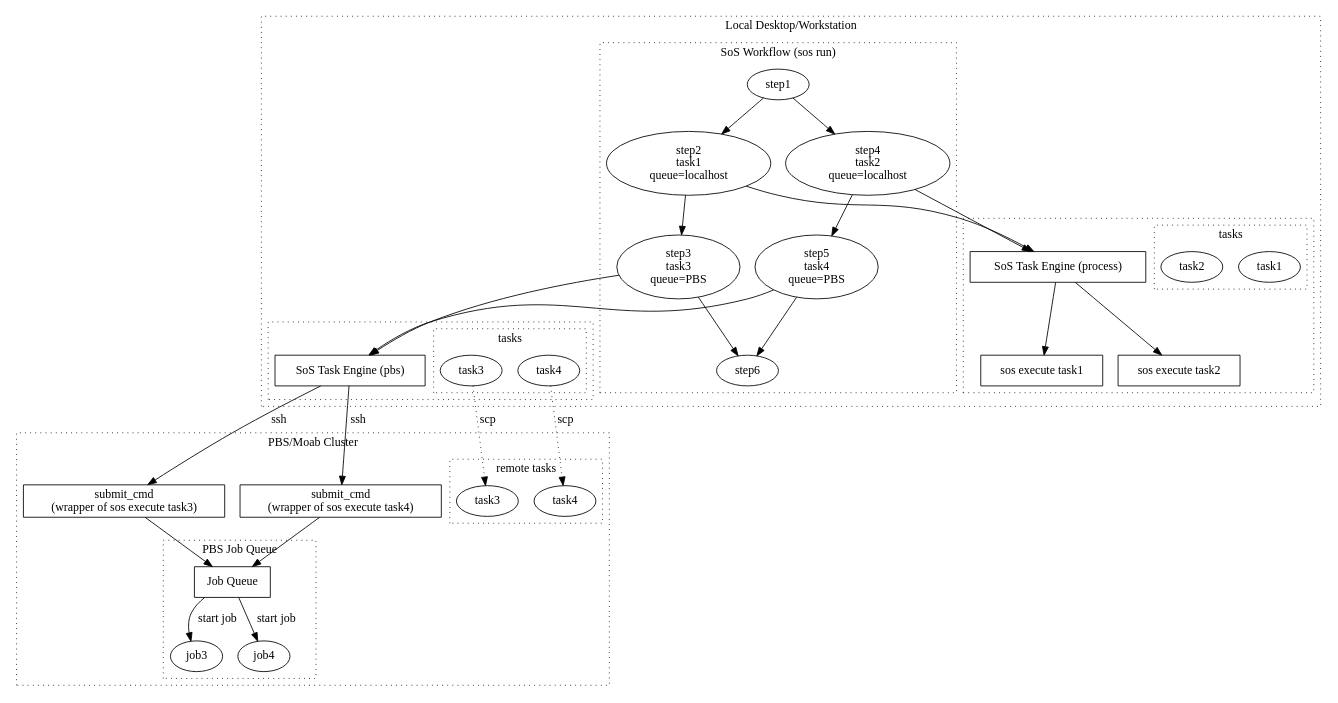
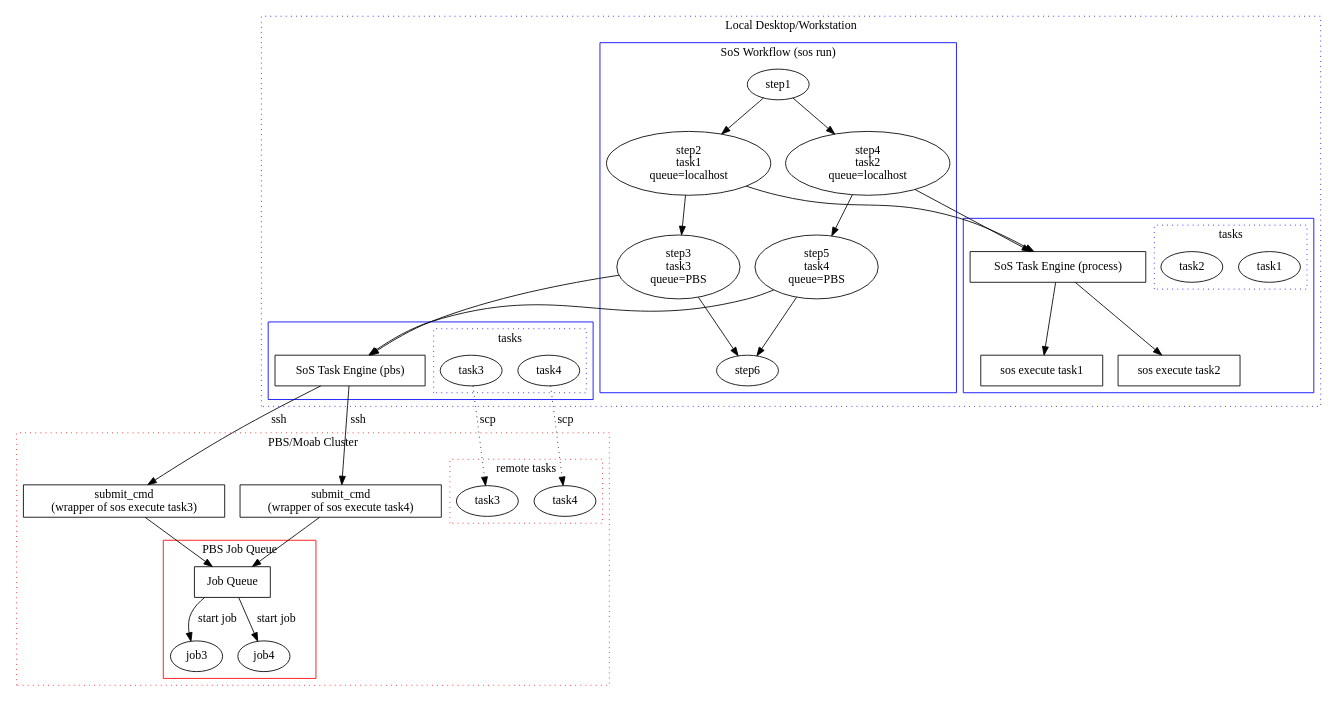
The diagram in docs/doc/media/job_queue.dot (jirikuncar/SOS), drawn with Graphviz before and after one commit. The commit also changed 2 other files, not shown here.

Commit message:
Include a figure to remote execution doc

```diff
--- a/docs/doc/media/job_queue.dot
+++ b/docs/doc/media/job_queue.dot
@@ -1,80 +1,85 @@
 digraph job_queue {
 	/* source nodes */
     subgraph cluster_0 {
         style=dotted;
+        color=blue;
         label="Local Desktop/Workstation";
 
         subgraph cluster_1 {
             label="SoS Workflow (sos run)";
-            style=dotted;
-            style=dotted;
+            style=solid;
             step2 [label="step2\ntask1\nqueue=localhost"];
             step4 [label="step4\ntask2\nqueue=localhost"];
             step3 [label="step3\ntask3\nqueue=PBS"];
             step5 [label="step5\ntask4\nqueue=PBS"];
             step1 -> step2  -> step3 -> step6;
             step1 -> step4 -> step5 -> step6;
         }
         step2 -> task_engine1;
         step3 -> task_engine2;
         step4 -> task_engine1;
         step5 -> task_engine2;
 
         subgraph cluster_2 {
             label="";
+            style=solid;
             task_engine1 [label="SoS Task Engine (process)",shape=box];
 
             task_engine1 -> start1;
             task_engine1 -> start2;
             start1 [label="sos execute task1", shape=box];
             start2 [label="sos execute task2", shape=box];
 
             subgraph cluster_3 {
+                style=dotted;
                 label="tasks";
                 task1;
                 task2;
             }
 
         }
         subgraph cluster_4 {
             label="";
+            style=solid;
             task_engine2 [label="SoS Task Engine (pbs)",shape=box];
 
             subgraph cluster_5 {
+                style=dotted;
                 label="tasks";
                 task3;
                 task4;
             }
         }
 
     }
     subgraph cluster_6 {
         label="PBS/Moab Cluster";
         style=dotted;
+        color=red;
 
             subgraph cluster_7 {
                 label="remote tasks";
                 remote_task3 [label="task3"];
                 remote_task4 [label="task4"];
             }
         remote_start3 [label="submit_cmd\n(wrapper of sos execute task3)", shape=box];
         remote_start4 [label="submit_cmd\n(wrapper of sos execute task4)", shape=box];
 
         job_queue -> remote_job3 [label="start job"];
         job_queue -> remote_job4 [label="start job"];
         
         remote_start3 -> job_queue;
         remote_start4 -> job_queue;
         subgraph cluster_8 {
-            style=dotted;
+            style=solid;
             label="PBS Job Queue";
             job_queue [label="Job Queue", shape=box];
             remote_job3 [label="job3"];
             remote_job4 [label="job4"];
         }
     }
     task3 -> remote_task3 [label="scp", style=dotted];
     task4 -> remote_task4 [label="scp", style=dotted];
     task_engine2 -> remote_start3 [label="ssh"];
     task_engine2 -> remote_start4 [label="ssh"];
 }
```
